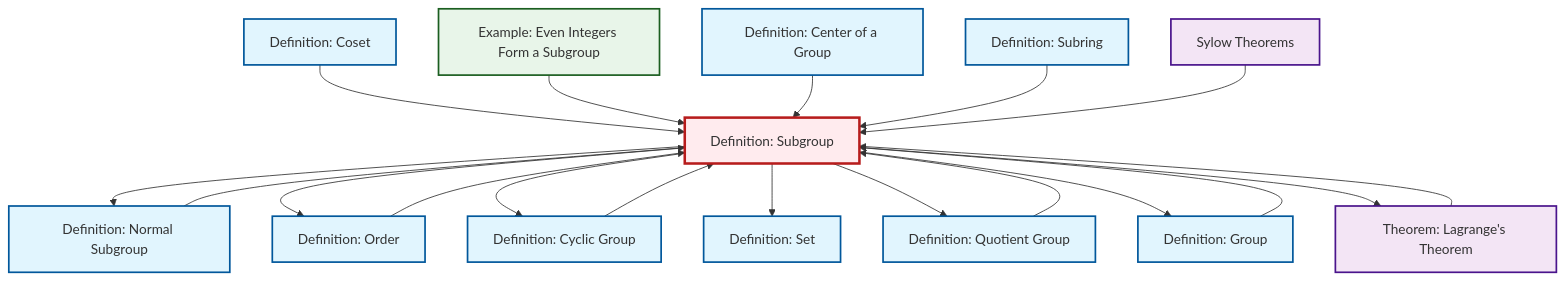
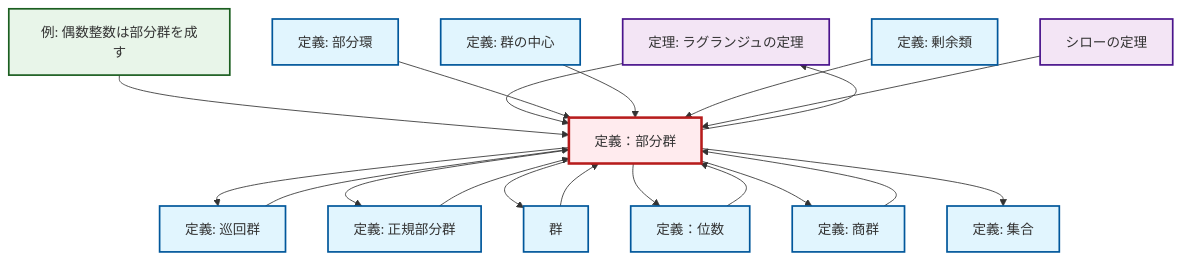
One commit to RK0429/ModernMath changed the diagram in content/ja/algebra/def-subgroup.qmd. Above: the diagram before and after it, drawn with Mermaid. The commit also changed 1069 other files, not shown here.

````diff
--- a/content/ja/algebra/def-subgroup.qmd
+++ b/content/ja/algebra/def-subgroup.qmd
@@ -53,53 +53,53 @@
 ```{mermaid}
 %%| fig-cap: "Local dependency graph"
 graph TD
     classDef definition fill:#e1f5fe,stroke:#01579b,stroke-width:2px
     classDef theorem fill:#f3e5f5,stroke:#4a148c,stroke-width:2px
     classDef axiom fill:#fff3e0,stroke:#e65100,stroke-width:2px
     classDef example fill:#e8f5e9,stroke:#1b5e20,stroke-width:2px
     classDef current fill:#ffebee,stroke:#b71c1c,stroke-width:3px
-    ex-even-integers-subgroup["Example: Even Integers Form a Subgroup"]:::example
-    def-set["Definition: Set"]:::definition
-    def-coset["Definition: Coset"]:::definition
-    def-cyclic-group["Definition: Cyclic Group"]:::definition
-    def-group["Definition: Group"]:::definition
-    thm-sylow["Sylow Theorems"]:::theorem
-    def-center-of-group["Definition: Center of a Group"]:::definition
-    def-order["Definition: Order"]:::definition
-    def-quotient-group["Definition: Quotient Group"]:::definition
-    thm-lagrange["Theorem: Lagrange's Theorem"]:::theorem
-    def-subgroup["Definition: Subgroup"]:::definition
-    def-subring["Definition: Subring"]:::definition
-    def-normal-subgroup["Definition: Normal Subgroup"]:::definition
+    def-set["定義: 集合"]:::definition
+    thm-lagrange["定理: ラグランジュの定理"]:::theorem
+    def-cyclic-group["定義: 巡回群"]:::definition
+    def-normal-subgroup["定義: 正規部分群"]:::definition
+    thm-sylow["シローの定理"]:::theorem
+    def-order["定義：位数"]:::definition
+    ex-even-integers-subgroup["例: 偶数整数は部分群を成す"]:::example
+    def-subgroup["定義：部分群"]:::definition
+    def-quotient-group["定義: 商群"]:::definition
+    def-center-of-group["定義: 群の中心"]:::definition
+    def-coset["定義: 剰余類"]:::definition
+    def-subring["定義: 部分環"]:::definition
+    def-group["群"]:::definition
+    def-order --> def-subgroup
+    def-subgroup --> def-cyclic-group
+    ex-even-integers-subgroup --> def-subgroup
     def-subgroup --> def-normal-subgroup
-    def-subgroup --> def-order
-    def-coset --> def-subgroup
-    def-subgroup --> def-cyclic-group
-    def-quotient-group --> def-subgroup
-    def-subgroup --> def-set
-    def-normal-subgroup --> def-subgroup
-    ex-even-integers-subgroup --> def-subgroup
     thm-lagrange --> def-subgroup
-    def-cyclic-group --> def-subgroup
-    def-subgroup --> def-quotient-group
-    def-center-of-group --> def-subgroup
-    def-group --> def-subgroup
     def-subgroup --> def-group
     def-subring --> def-subgroup
+    def-center-of-group --> def-subgroup
+    def-coset --> def-subgroup
+    def-subgroup --> def-order
+    def-quotient-group --> def-subgroup
+    def-group --> def-subgroup
+    def-normal-subgroup --> def-subgroup
+    def-subgroup --> def-quotient-group
+    def-subgroup --> def-set
+    thm-sylow --> def-subgroup
+    def-cyclic-group --> def-subgroup
     def-subgroup --> thm-lagrange
-    def-order --> def-subgroup
-    thm-sylow --> def-subgroup
     class def-subgroup current
-    click ex-even-integers-subgroup "ex-even-integers-subgroup.html" "Example: Even Integers Form a Subgroupへ"
-    click def-set "def-set.html" "Definition: Setへ"
-    click def-coset "def-coset.html" "Definition: Cosetへ"
-    click def-cyclic-group "def-cyclic-group.html" "Definition: Cyclic Groupへ"
-    click def-group "def-group.html" "Definition: Groupへ"
-    click thm-sylow "thm-sylow.html" "Sylow Theoremsへ"
-    click def-center-of-group "def-center-of-group.html" "Definition: Center of a Groupへ"
-    click def-order "def-order.html" "Definition: Orderへ"
-    click def-quotient-group "def-quotient-group.html" "Definition: Quotient Groupへ"
-    click thm-lagrange "thm-lagrange.html" "Theorem: Lagrange's Theoremへ"
-    click def-subring "def-subring.html" "Definition: Subringへ"
-    click def-normal-subgroup "def-normal-subgroup.html" "Definition: Normal Subgroupへ"
+    click def-set "def-set.html" "集合の定義へ"
+    click thm-lagrange "thm-lagrange.html" "ラグランジュの定理の定理へ"
+    click def-cyclic-group "def-cyclic-group.html" "巡回群の定義へ"
+    click def-normal-subgroup "def-normal-subgroup.html" "正規部分群の定義へ"
+    click thm-sylow "thm-sylow.html" "シローの定理へ"
+    click def-order "def-order.html" "定義：位数へ"
+    click ex-even-integers-subgroup "ex-even-integers-subgroup.html" "偶数整数は部分群を成すの例へ"
+    click def-quotient-group "def-quotient-group.html" "商群の定義へ"
+    click def-center-of-group "def-center-of-group.html" "群の中心の定義へ"
+    click def-coset "def-coset.html" "剰余類の定義へ"
+    click def-subring "def-subring.html" "部分環の定義へ"
+    click def-group "def-group.html" "群へ"
 ```
````
